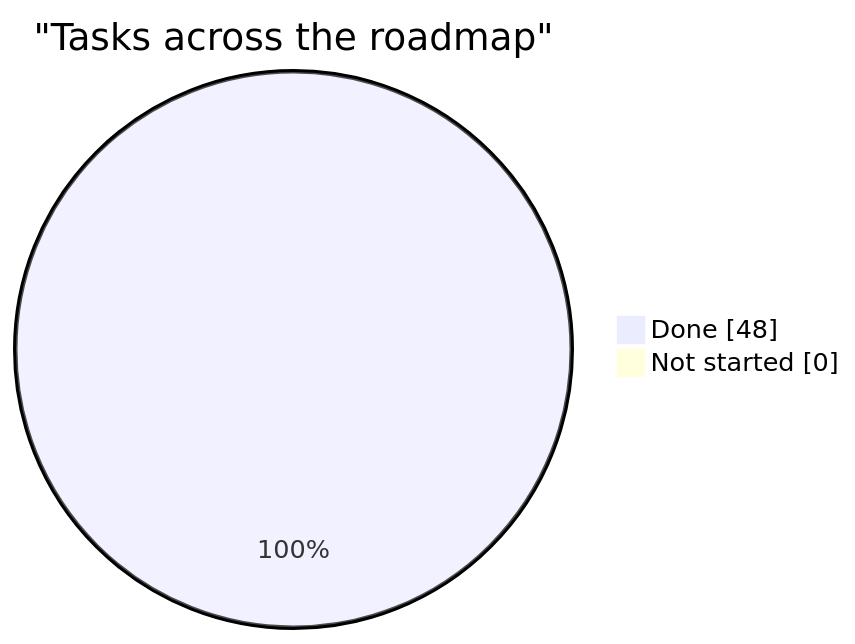
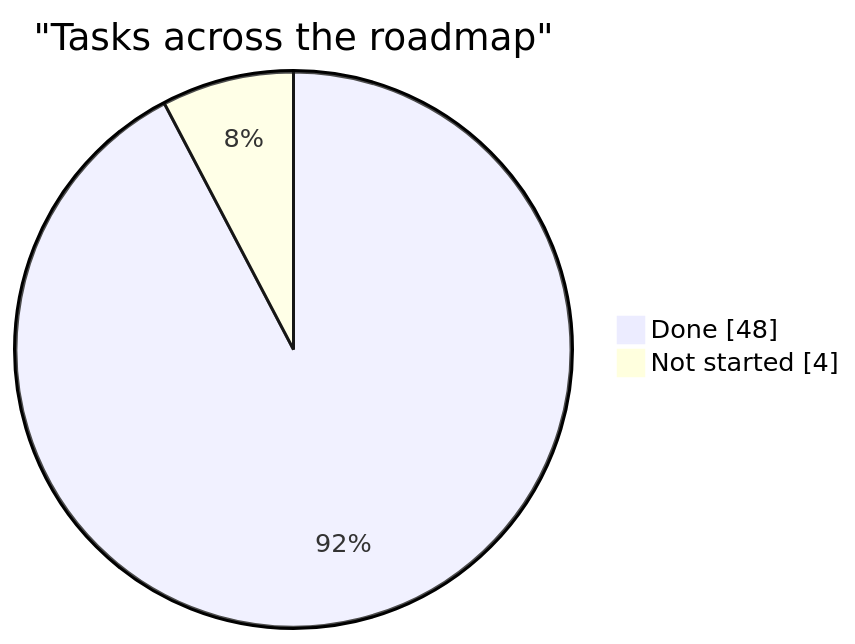
One commit to AdamClemens/PyFlow changed the diagram in docs/planning/status.md. Above: the diagram before and after it, drawn with Mermaid. The commit also changed other lines of this file and 5 other files, not shown here.

````diff
--- a/docs/planning/status.md
+++ b/docs/planning/status.md
@@ -23,6 +23,6 @@
 ```mermaid
 pie showData
     title "Tasks across the roadmap"
     "Done" : 48
-    "Not started" : 0
+    "Not started" : 4
 ```
````
